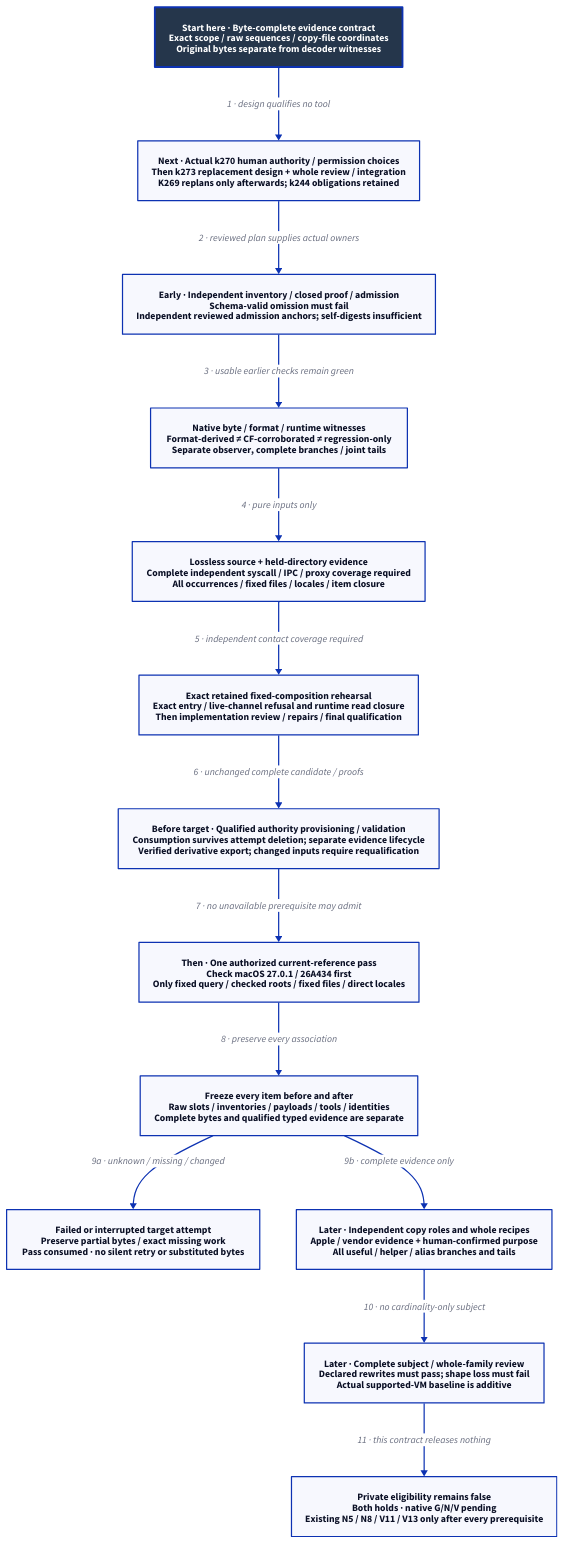
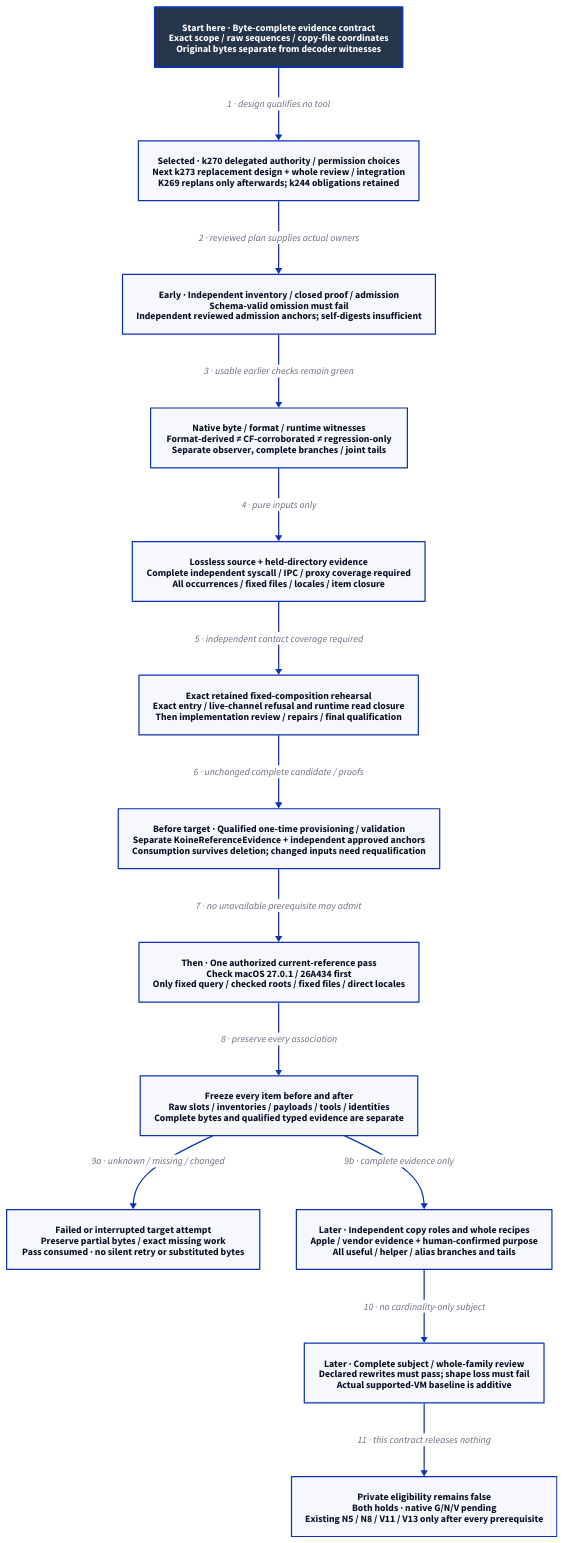
The diagram in docs/design/architecture/native-reference-evidence.d2 (Linkuistics/Koine), drawn with D2 before and after one commit. The commit also changed 22 other files, not shown here.

Commit message:
Settle delegated evidence authority (reference-evidence-authority-k270)

```diff
--- a/docs/design/architecture/native-reference-evidence.d2
+++ b/docs/design/architecture/native-reference-evidence.d2
@@ -1,30 +1,30 @@
 # Admission repair design; mandatory review and replanning precede unbuilt qualification.
 direction: down
 classes: {
   start: {style: {fill: "#25364B"; font-color: "#FFFFFF"; bold: true; stroke-width: 3}}
 }
 Start: "Start here · Byte-complete evidence contract\nExact scope / raw sequences / copy-file coordinates\nOriginal bytes separate from decoder witnesses" {class: start}
-Plan: "Next · Actual k270 human authority / permission choices\nThen k273 replacement design + whole review / integration\nK269 replans only afterwards; k244 obligations retained"
+Plan: "Selected · k270 delegated authority / permission choices\nNext k273 replacement design + whole review / integration\nK269 replans only afterwards; k244 obligations retained"
 Replay: "Early · Independent inventory / closed proof / admission\nSchema-valid omission must fail\nIndependent reviewed admission anchors; self-digests insufficient"
 Decode: "Native byte / format / runtime witnesses\nFormat-derived ≠ CF-corroborated ≠ regression-only\nSeparate observer, complete branches / joint tails"
 Source: "Lossless source + held-directory evidence\nComplete independent syscall / IPC / proxy coverage required\nAll occurrences / fixed files / locales / item closure"
 Pure: "Exact retained fixed-composition rehearsal\nExact entry / live-channel refusal and runtime read closure\nThen implementation review / repairs / final qualification"
-Authority: "Before target · Qualified authority provisioning / validation\nConsumption survives attempt deletion; separate evidence lifecycle\nVerified derivative export; changed inputs require requalification"
+Authority: "Before target · Qualified one-time provisioning / validation\nSeparate KoineReferenceEvidence + independent approved anchors\nConsumption survives deletion; changed inputs need requalification"
 Pass: "Then · One authorized current-reference pass\nCheck macOS 27.0.1 / 26A434 first\nOnly fixed query / checked roots / fixed files / direct locales"
 Closure: "Freeze every item before and after\nRaw slots / inventories / payloads / tools / identities\nComplete bytes and qualified typed evidence are separate"
 Failed: "Failed or interrupted target attempt\nPreserve partial bytes / exact missing work\nPass consumed · no silent retry or substituted bytes"
 Roles: "Later · Independent copy roles and whole recipes\nApple / vendor evidence + human-confirmed purpose\nAll useful / helper / alias branches and tails"
 Review: "Later · Complete subject / whole-family review\nDeclared rewrites must pass; shape loss must fail\nActual supported-VM baseline is additive"
 Hold: "Private eligibility remains false\nBoth holds · native G/N/V pending\nExisting N5 / N8 / V11 / V13 only after every prerequisite"
 Start -> Plan: "1 · design qualifies no tool"
 Plan -> Replay: "2 · reviewed plan supplies actual owners"
 Replay -> Decode: "3 · usable earlier checks remain green"
 Decode -> Source: "4 · pure inputs only"
 Source -> Pure: "5 · independent contact coverage required"
 Pure -> Authority: "6 · unchanged complete candidate / proofs"
 Authority -> Pass: "7 · no unavailable prerequisite may admit"
 Pass -> Closure: "8 · preserve every association"
 Closure -> Failed: "9a · unknown / missing / changed"
 Closure -> Roles: "9b · complete evidence only"
 Roles -> Review: "10 · no cardinality-only subject"
 Review -> Hold: "11 · this contract releases nothing"
```
